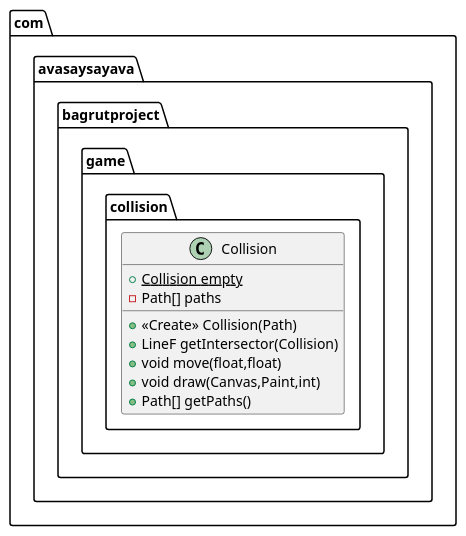
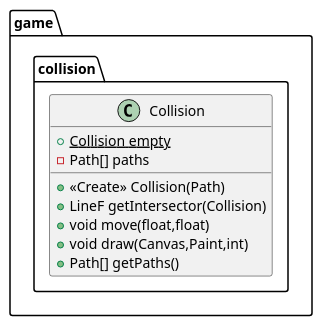
Before and after one commit to Avasay-Sayava/BagrutProject: the diagram in ProjectApp/app/src/main/java/com/avasaysayava/bagrutproject/game/collision/Collision.puml, drawn with PlantUML. The commit also changed 41 other files, not shown here.

```diff
--- a/ProjectApp/app/src/main/java/com/avasaysayava/bagrutproject/game/collision/Collision.puml
+++ b/ProjectApp/app/src/main/java/com/avasaysayava/bagrutproject/game/collision/Collision.puml
@@ -1,13 +1,13 @@
 @startuml
-class com.avasaysayava.bagrutproject.game.collision.Collision {
+class game.collision.Collision {
 + {static} Collision empty
 - Path[] paths
 + <<Create>> Collision(Path)
 + LineF getIntersector(Collision)
 + void move(float,float)
 + void draw(Canvas,Paint,int)
 + Path[] getPaths()
 }
 
 
 @enduml
```
